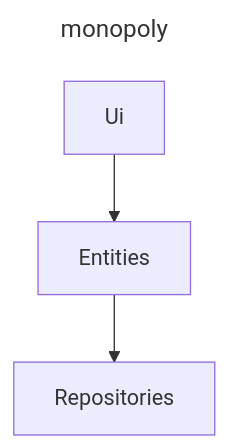
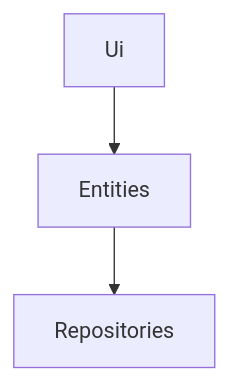
One commit to karvakasa/ot-harjoitustyo changed the diagram in rahastosovellus/dokumentaatio/arkkitehtuuri.md. Above: the diagram before and after it, drawn with Mermaid.

Commit message:
nykyinen arkkitehtuuri lisätty muutos2

````diff
--- a/rahastosovellus/dokumentaatio/arkkitehtuuri.md
+++ b/rahastosovellus/dokumentaatio/arkkitehtuuri.md
@@ -1,8 +1,7 @@
 ```mermaid
----
-title: monopoly 
----
+
   flowchart TD
     Ui --> Entities
     Entities --> Repositories
+
 ```
````
